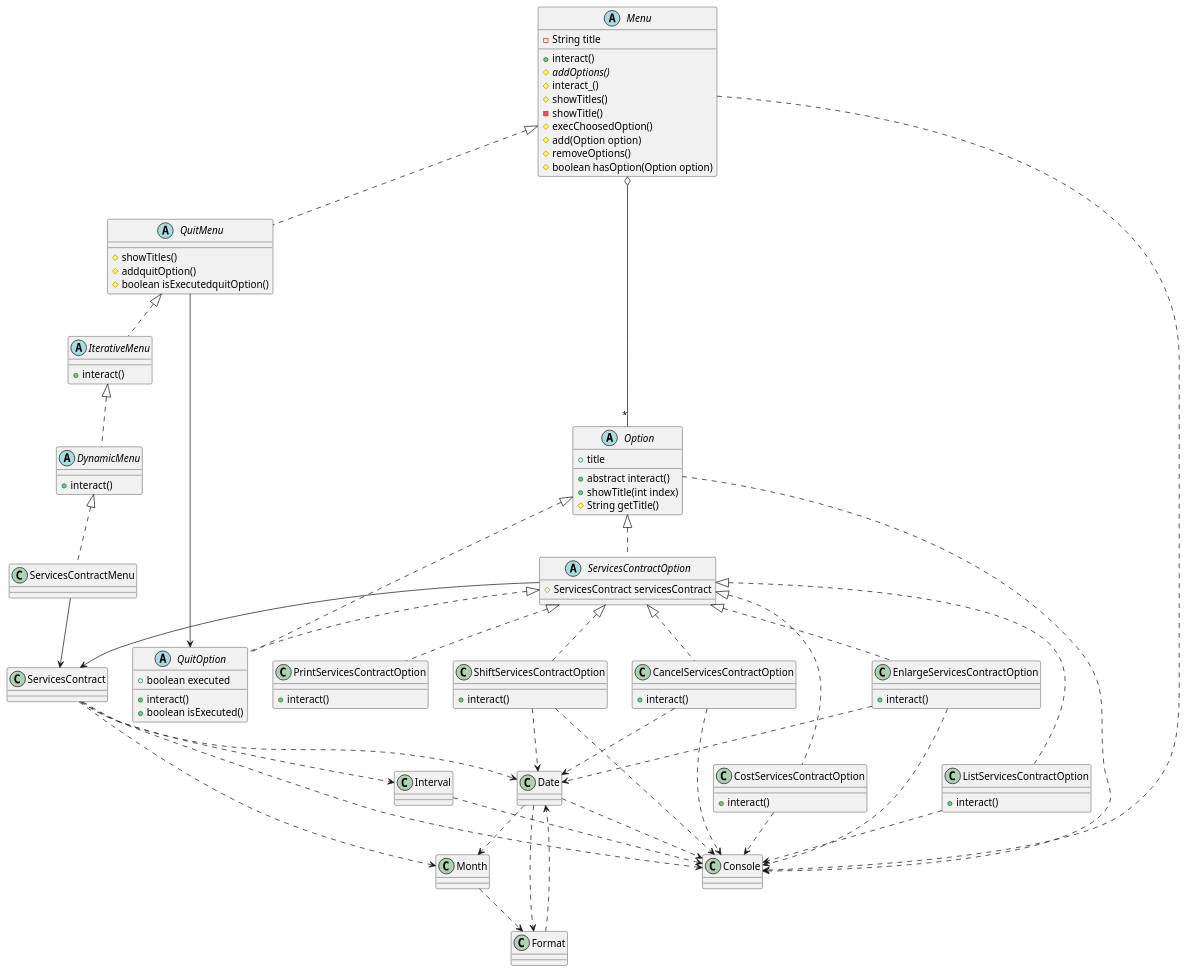
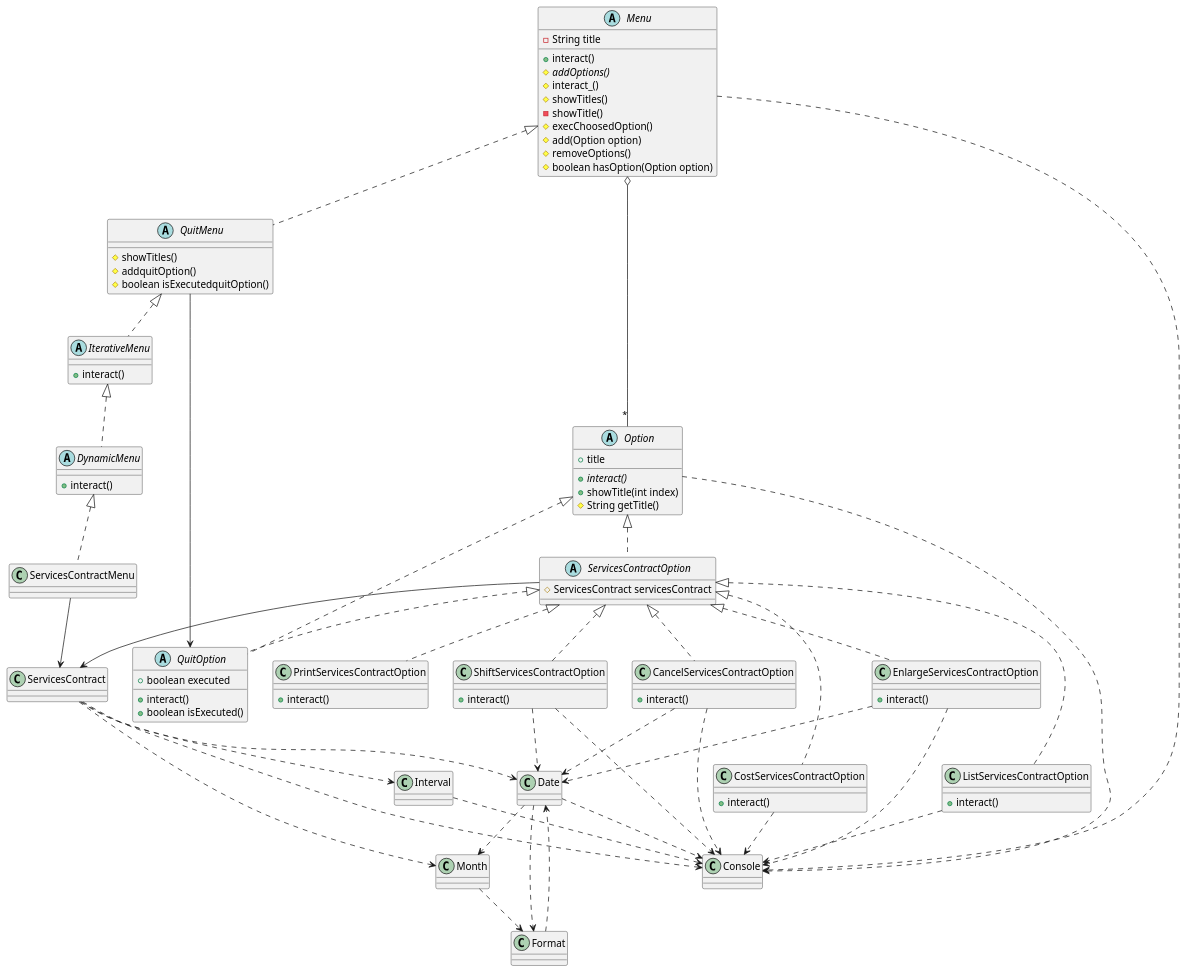
Before and after one commit to USantaTecla-ed-mpds/lab-lovalace: the diagram in tech-java-basada-en-objetos-servicescontract_menu/ServicesContractMenu/src/es/pbover/master/UML/ModeloClases.puml, drawn with PlantUML. The commit also changed 1 other file, not shown here.

```diff
--- a/tech-java-basada-en-objetos-servicescontract_menu/ServicesContractMenu/src/es/pbover/master/UML/ModeloClases.puml
+++ b/tech-java-basada-en-objetos-servicescontract_menu/ServicesContractMenu/src/es/pbover/master/UML/ModeloClases.puml
@@ -1,148 +1,147 @@
 @startuml
 class ServicesContract
 abstract class Menu
 abstract class DynamicMenu
 abstract class IterativeMenu
 abstract class QuitMenu
 class ServicesContractMenu
 abstract class Option
 abstract class ServicesContractOption
 class CancelServicesContractOption
 class CostServicesContractOption
 class EnlargeServicesContractOption
 class ListServicesContractOption
 class PrintServicesContractOption
 class QuitOption
 class ShiftServicesContractOption
 class Date
 class Month
 class Format
 class Console
 
 Option <|.. ServicesContractOption
 
 ServicesContractOption <|.. CancelServicesContractOption
 ServicesContractOption <|.. CostServicesContractOption
 ServicesContractOption <|.. EnlargeServicesContractOption
 ServicesContractOption <|.. ListServicesContractOption
 ServicesContractOption <|.. PrintServicesContractOption 
 ServicesContractOption <|.. QuitOption 
 ServicesContractOption <|.. ShiftServicesContractOption 
 
 
 abstract class Menu {
  - String title
  +interact()
  #{abstract} addOptions()
  #interact_()
  #showTitles()
  -showTitle()
  #execChoosedOption()
  #add(Option option)
  #removeOptions()
  #boolean hasOption(Option option)
 }
 
 abstract class QuitMenu {
  #showTitles()
  #addquitOption()
  #boolean isExecutedquitOption()
 }
 
 abstract class IterativeMenu {
  +interact()
 }
 
 abstract class DynamicMenu {
  +interact()
 }
 
 abstract class Option {
  +title
- +abstract interact()
+ +{abstract} interact()
  +showTitle(int index)
  #String getTitle()
 }
 
 abstract class QuitOption {
  +boolean executed
  +interact()
  +boolean isExecuted()
 }
 
 abstract class ServicesContractOption {
  #ServicesContract servicesContract
 }
 
 class CancelServicesContractOption
 {
   +interact()
 }
 
 class CostServicesContractOption
 {
   +interact()
 }
 
 class EnlargeServicesContractOption
 {
   +interact()
 }
 
 class ListServicesContractOption
 {
   +interact()
 }
 class PrintServicesContractOption
 {
   +interact()
 }
 class ShiftServicesContractOption
 {
   +interact()
 }
 
 QuitMenu --> QuitOption
 
 Menu <|.. QuitMenu
 QuitMenu <|.. IterativeMenu
 IterativeMenu <|.. DynamicMenu
 DynamicMenu <|.. ServicesContractMenu 
 Option <|.. QuitOption
 
 Menu o--"*" Option
 ServicesContractMenu --> ServicesContract
 ServicesContractOption --> ServicesContract
 
-
 ServicesContract ..> Console
 Menu ..> Console
 CancelServicesContractOption ..> Console
 CostServicesContractOption ..> Console
 EnlargeServicesContractOption ..> Console
 ListServicesContractOption ..> Console
 Option ..> Console
 ShiftServicesContractOption ..> Console
 Interval ..> Console
 Date ..> Console
 
 ServicesContract ..> Interval
 
 Date ..> Month
 ServicesContract ..> Month
 
 ServicesContract ..> Date
 CancelServicesContractOption ..> Date
 EnlargeServicesContractOption ..> Date
 ShiftServicesContractOption ..> Date
 Format ..> Date
 
 Date ..> Format
 Month ..> Format
 
 
 
 
 
 
 @enduml
```
